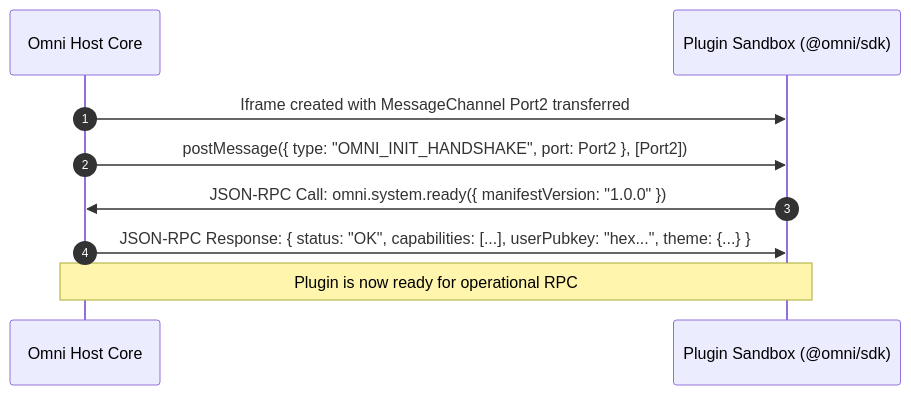
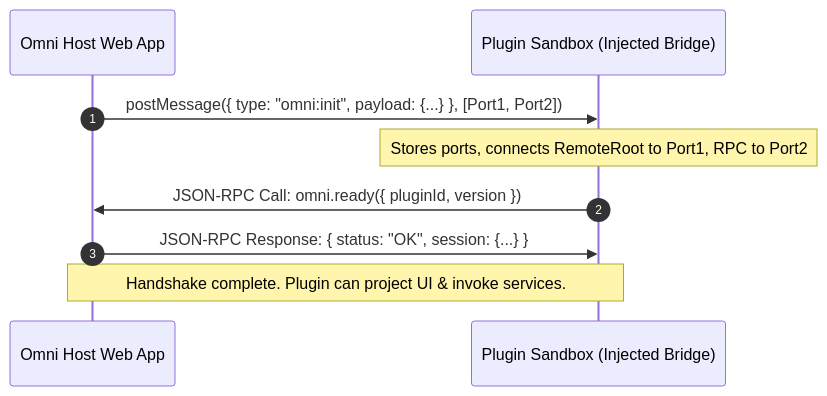
One commit to spiral-nights/omni changed the diagram in docs/03-sandbox-and-ipc-spec.md. Above: the diagram before and after it, drawn with Mermaid. The commit also changed other lines of this file and 7 other files, not shown here.

````diff
--- a/docs/03-sandbox-and-ipc-spec.md
+++ b/docs/03-sandbox-and-ipc-spec.md
@@ -65,12 +76,12 @@
 ```mermaid
 sequenceDiagram
     autonumber
-    participant Host as Omni Host Core
-    participant Plugin as Plugin Sandbox (@omni/sdk)
+    participant Host as Omni Host Web App
+    participant Guest as Plugin Sandbox (Injected Bridge)
 
-    Host->>Plugin: Iframe created with MessageChannel Port2 transferred
-    Host->>Plugin: postMessage({ type: "OMNI_INIT_HANDSHAKE", port: Port2 }, [Port2])
-    Plugin->>Host: JSON-RPC Call: omni.system.ready({ manifestVersion: "1.0.0" })
-    Host->>Plugin: JSON-RPC Response: { status: "OK", capabilities: [...], userPubkey: "hex...", theme: {...} }
-    Note over Host,Plugin: Plugin is now ready for operational RPC
+    Host->>Guest: postMessage({ type: "omni:init", payload: {...} }, [Port1, Port2])
+    Note over Guest: Stores ports, connects RemoteRoot to Port1, RPC to Port2
+    Guest->>Host: JSON-RPC Call: omni.ready({ pluginId, version })
+    Host->>Guest: JSON-RPC Response: { status: "OK", session: {...} }
+    Note over Host,Guest: Handshake complete. Plugin can project UI & invoke services.
 ```
````
